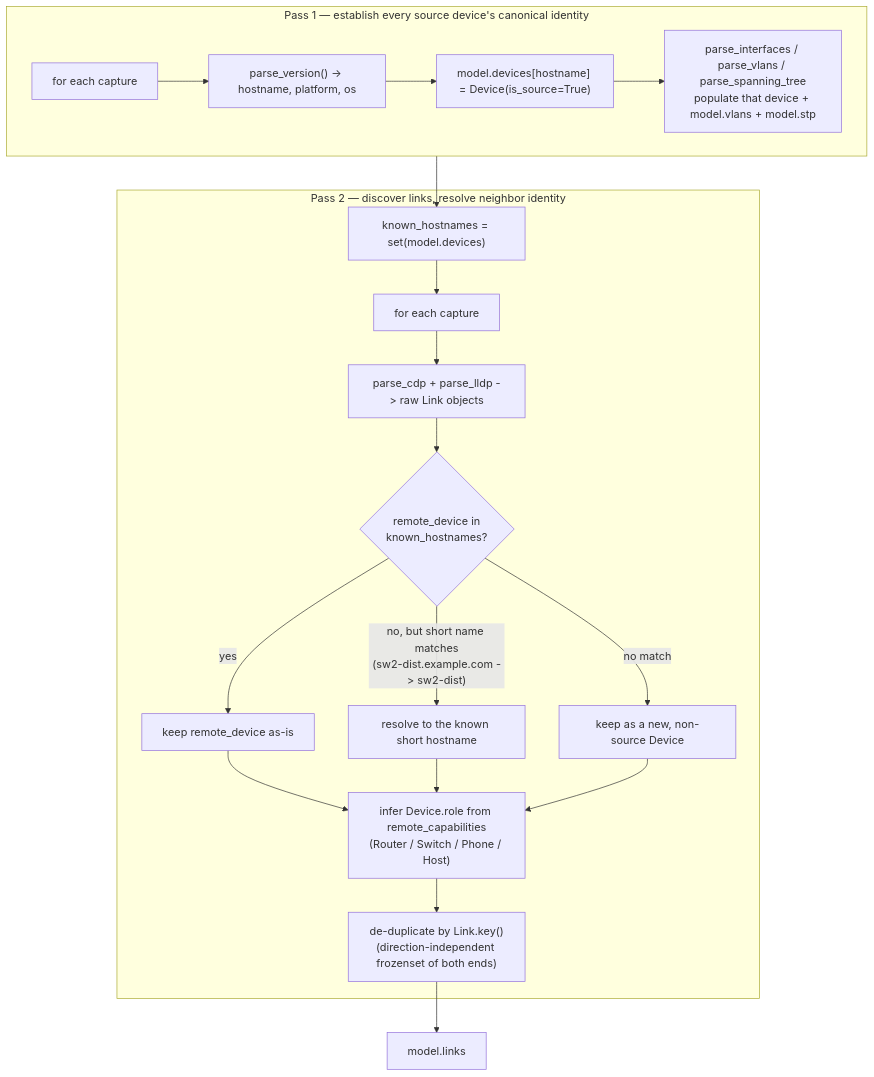
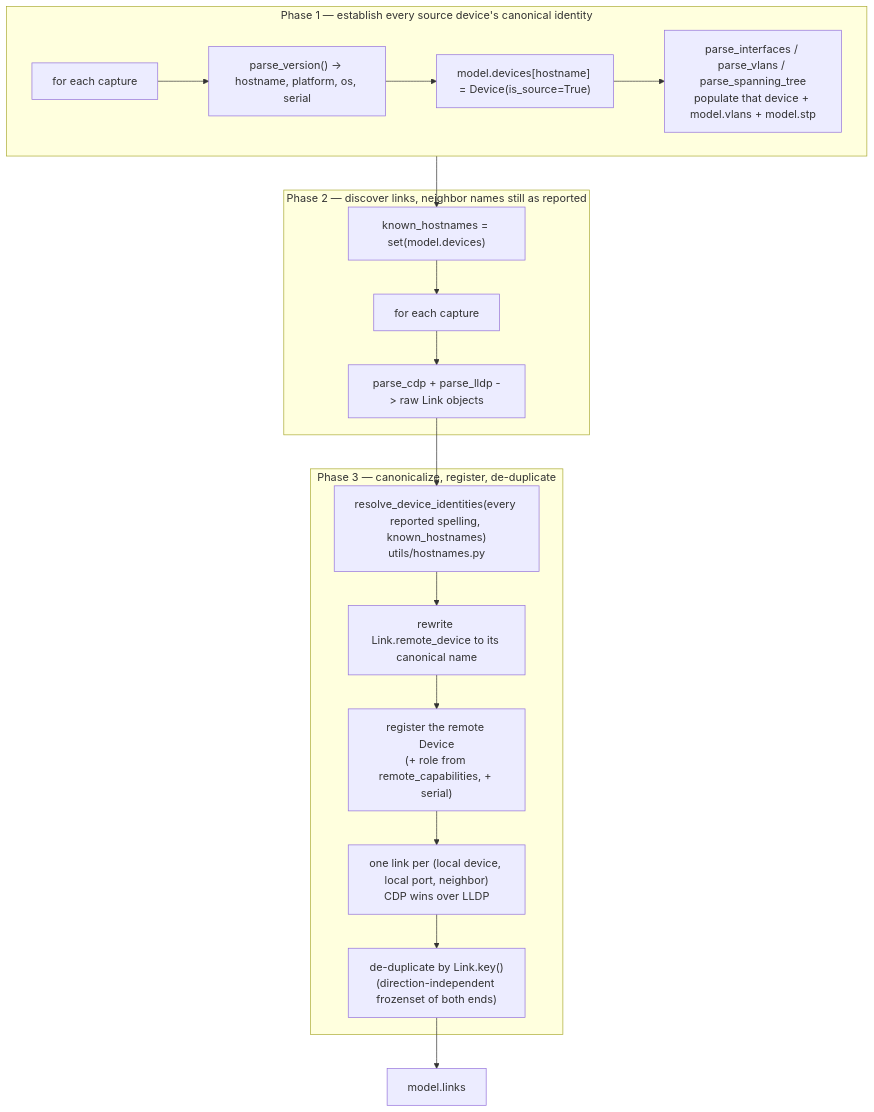
One commit to isrferna/nettopo changed the third of 5 diagrams in docs/architecture.md. Above: the diagram before and after it, drawn with Mermaid. The commit also changed other lines of this file and 20 other files, not shown here.

````diff
--- a/docs/architecture.md
+++ b/docs/architecture.md
@@ -147,21 +152,20 @@
 ```mermaid
 flowchart TD
-    subgraph pass1["Pass 1 — establish every source device's canonical identity"]
-        A["for each capture"] --> B["parse_version() -> hostname, platform, os"]
+    subgraph phase1["Phase 1 — establish every source device's canonical identity"]
+        A["for each capture"] --> B["parse_version() -> hostname, platform, os, serial"]
         B --> C["model.devices[hostname] = Device(is_source=True)"]
         C --> D["parse_interfaces / parse_vlans / parse_spanning_tree<br/>populate that device + model.vlans + model.stp"]
     end
-    pass1 --> E["known_hostnames = set(model.devices)"]
-    subgraph pass2["Pass 2 — discover links, resolve neighbor identity"]
+    phase1 --> E["known_hostnames = set(model.devices)"]
+    subgraph phase2["Phase 2 — discover links, neighbor names still as reported"]
         E --> F["for each capture"] --> G["parse_cdp + parse_lldp -> raw Link objects"]
-        G --> H{"remote_device in<br/>known_hostnames?"}
-        H -- yes --> I["keep remote_device as-is"]
-        H -- "no, but short name matches<br/>(sw2-dist.example.com -> sw2-dist)" --> J["resolve to the known short hostname"]
-        H -- "no match" --> K["keep as a new, non-source Device"]
-        I --> L["infer Device.role from remote_capabilities<br/>(Router / Switch / Phone / Host)"]
-        J --> L
-        K --> L
-        L --> M["de-duplicate by Link.key()<br/>(direction-independent frozenset of both ends)"]
     end
-    M --> N["model.links"]
+    G --> H["resolve_device_identities(every reported spelling, known_hostnames)<br/>utils/hostnames.py"]
+    subgraph phase3["Phase 3 — canonicalize, register, de-duplicate"]
+        H --> I["rewrite Link.remote_device to its canonical name"]
+        I --> J["register the remote Device<br/>(+ role from remote_capabilities, + serial)"]
+        J --> K["one link per (local device, local port, neighbor)<br/>CDP wins over LLDP"]
+        K --> L["de-duplicate by Link.key()<br/>(direction-independent frozenset of both ends)"]
+    end
+    L --> M["model.links"]
 ```
````
